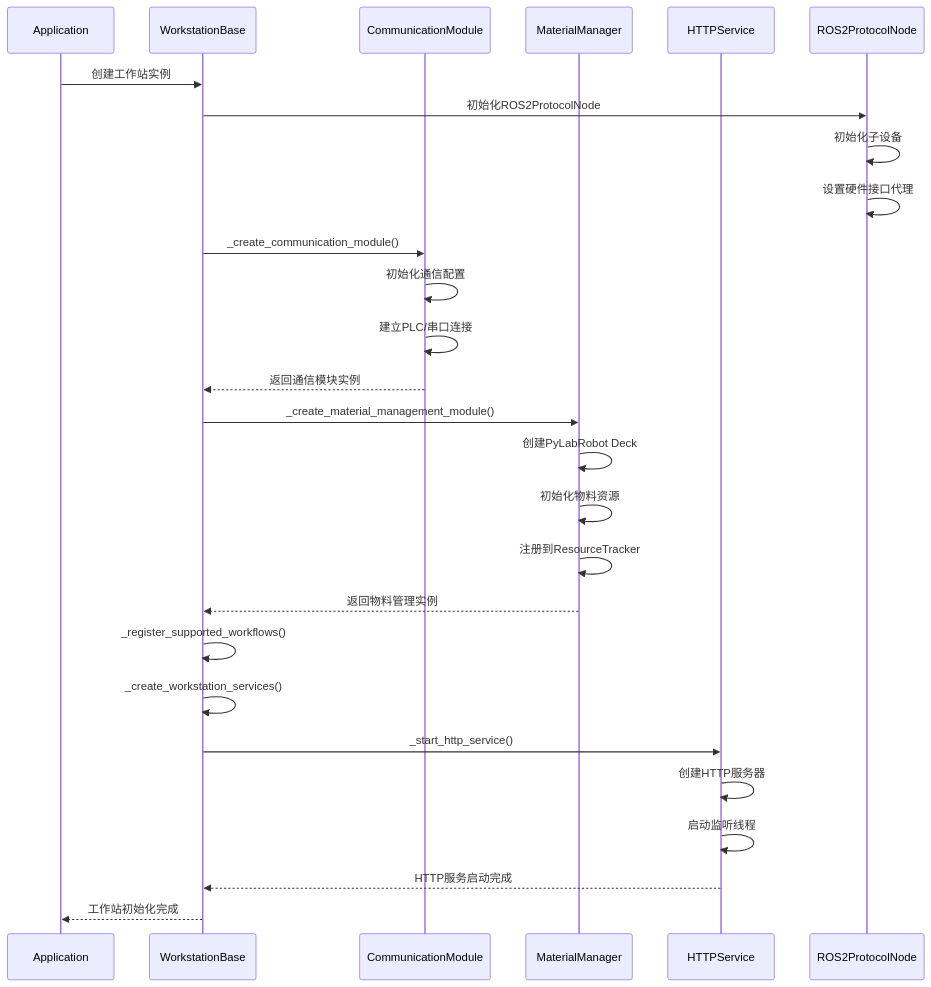
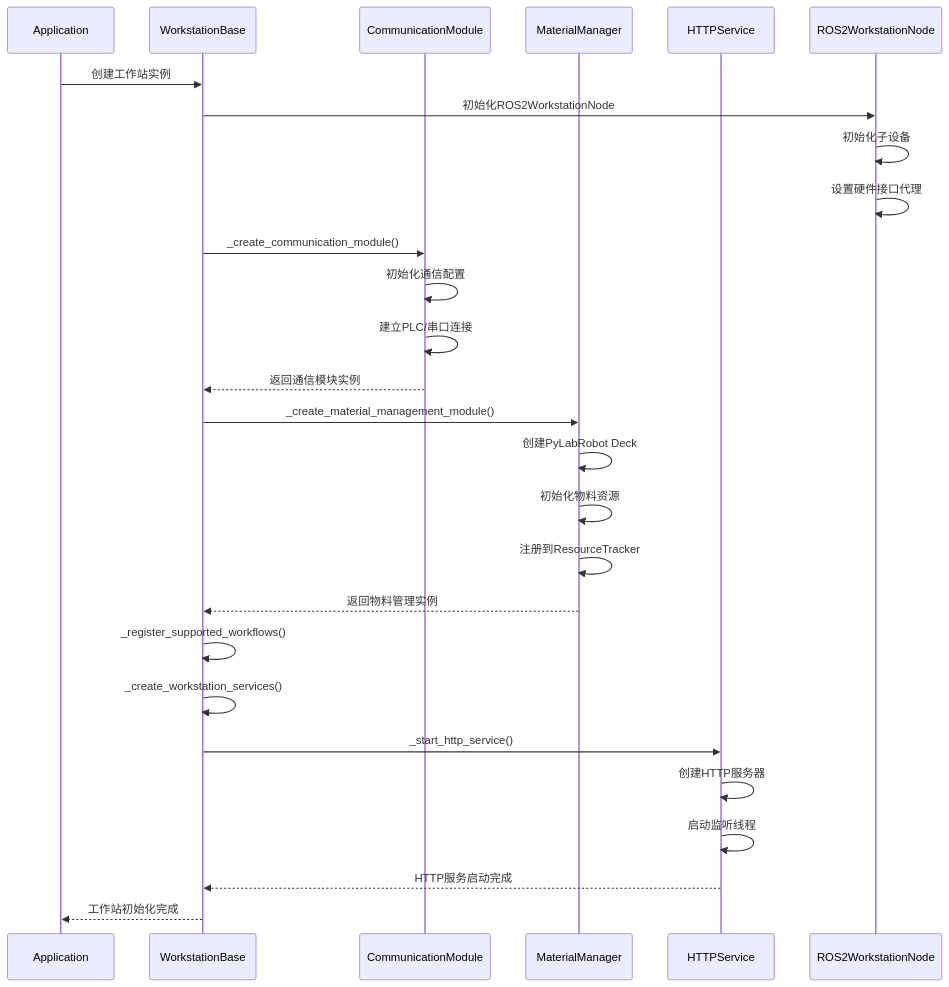
The third of 6 diagrams in docs/developer_guide/workstation_architecture.md (lixinyu1011/Uni-Lab-OS), drawn with Mermaid before and after one commit. The commit also changed other lines of this file and 18 other files, not shown here.

Commit message:
refactor: ProtocolNode→WorkstationNode

````diff
--- a/docs/developer_guide/workstation_architecture.md
+++ b/docs/developer_guide/workstation_architecture.md
@@ -151,34 +151,34 @@
 ```mermaid
 sequenceDiagram
     participant APP as Application
     participant WS as WorkstationBase
     participant COMM as CommunicationModule
     participant MAT as MaterialManager
     participant HTTP as HTTPService
-    participant ROS as ROS2ProtocolNode
+    participant ROS as ROS2WorkstationNode
     
     APP->>WS: 创建工作站实例
-    WS->>ROS: 初始化ROS2ProtocolNode
+    WS->>ROS: 初始化ROS2WorkstationNode
     ROS->>ROS: 初始化子设备
     ROS->>ROS: 设置硬件接口代理
     
     WS->>COMM: _create_communication_module()
     COMM->>COMM: 初始化通信配置
     COMM->>COMM: 建立PLC/串口连接
     COMM-->>WS: 返回通信模块实例
     
     WS->>MAT: _create_material_management_module()
     MAT->>MAT: 创建PyLabRobot Deck
     MAT->>MAT: 初始化物料资源
     MAT->>MAT: 注册到ResourceTracker
     MAT-->>WS: 返回物料管理实例
     
     WS->>WS: _register_supported_workflows()
     WS->>WS: _create_workstation_services()
     WS->>HTTP: _start_http_service()
     HTTP->>HTTP: 创建HTTP服务器
     HTTP->>HTTP: 启动监听线程
     HTTP-->>WS: HTTP服务启动完成
     
     WS-->>APP: 工作站初始化完成
 ```
````
